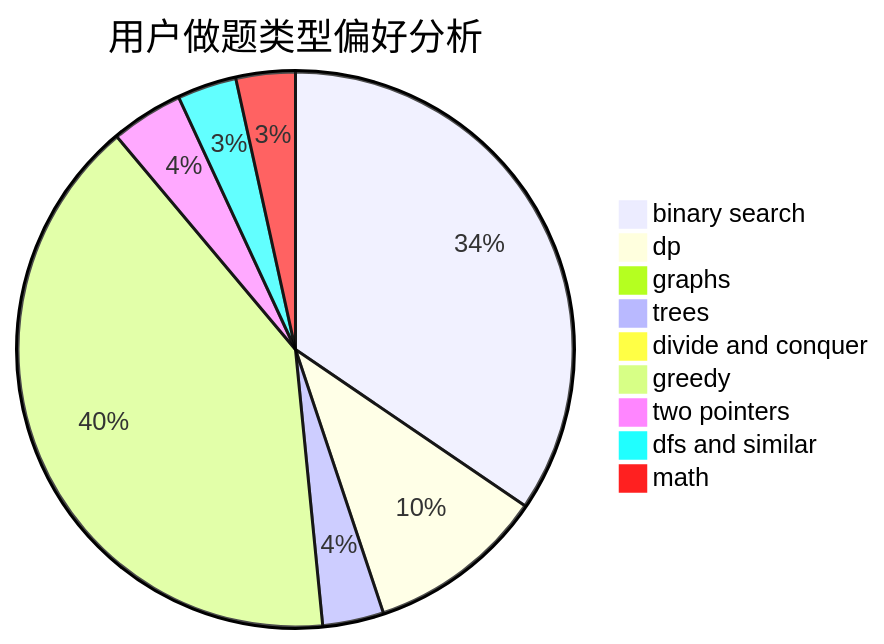
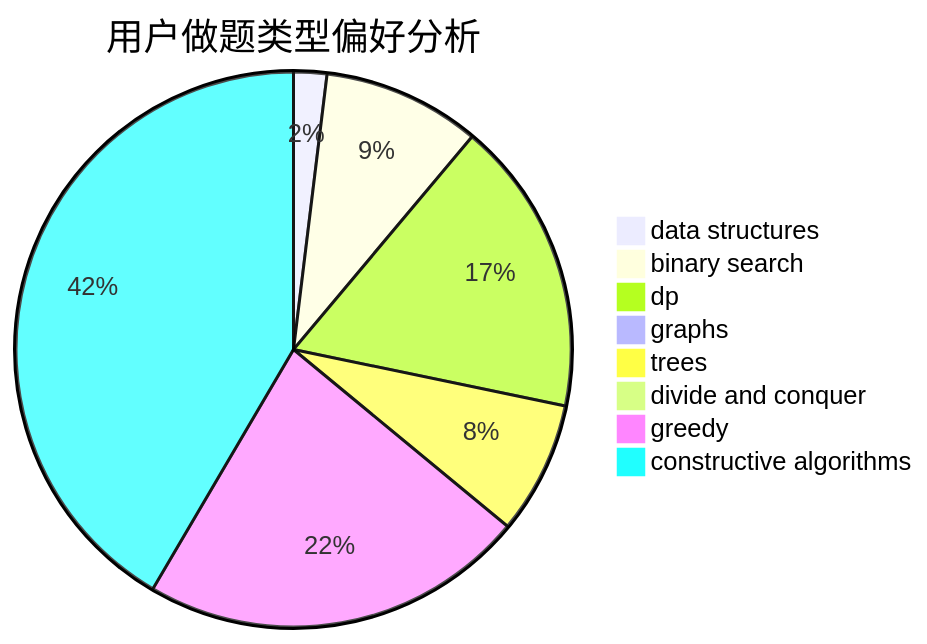
Before and after one commit to sherpahu/cfrs.github.io: the second of 3 diagrams in docs/user/u1041.md, drawn with Mermaid. The commit also changed other lines of this file and 2775 other files, not shown here.

````diff
--- a/docs/user/u1041.md
+++ b/docs/user/u1041.md
@@ -23,12 +23,11 @@
 ```mermaid
 pie title 用户做题类型偏好分析
-    "binary search" :  320
-    "dp" :  96
-    "graphs" :  7
-    "trees" :  33
+    "data structures" :  8
+    "binary search" :  38
+    "dp" :  71
+    "graphs" :  0
+    "trees" :  32
     "divide and conquer" :  0
-    "greedy" :  375
-    "two pointers" :  39
-    "dfs and similar" :  32
-    "math" :  32
+    "greedy" :  93
+    "constructive algorithms" :  172
 ```
````
